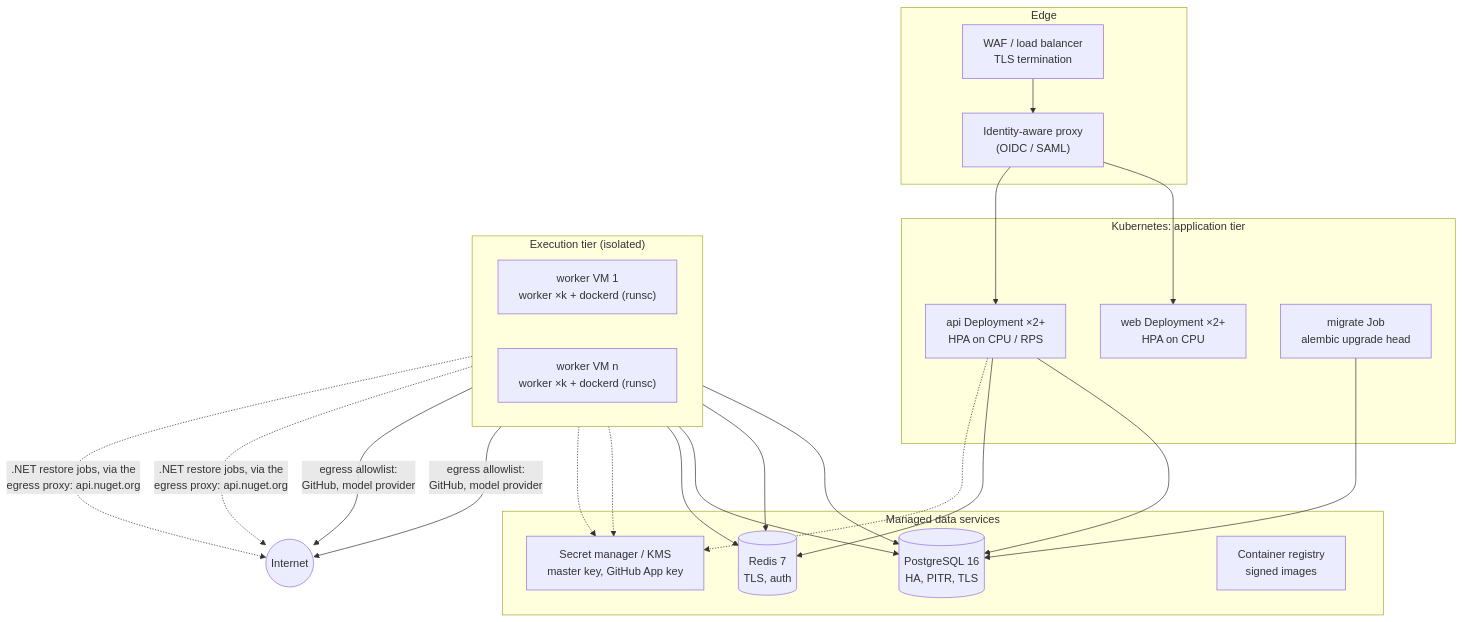
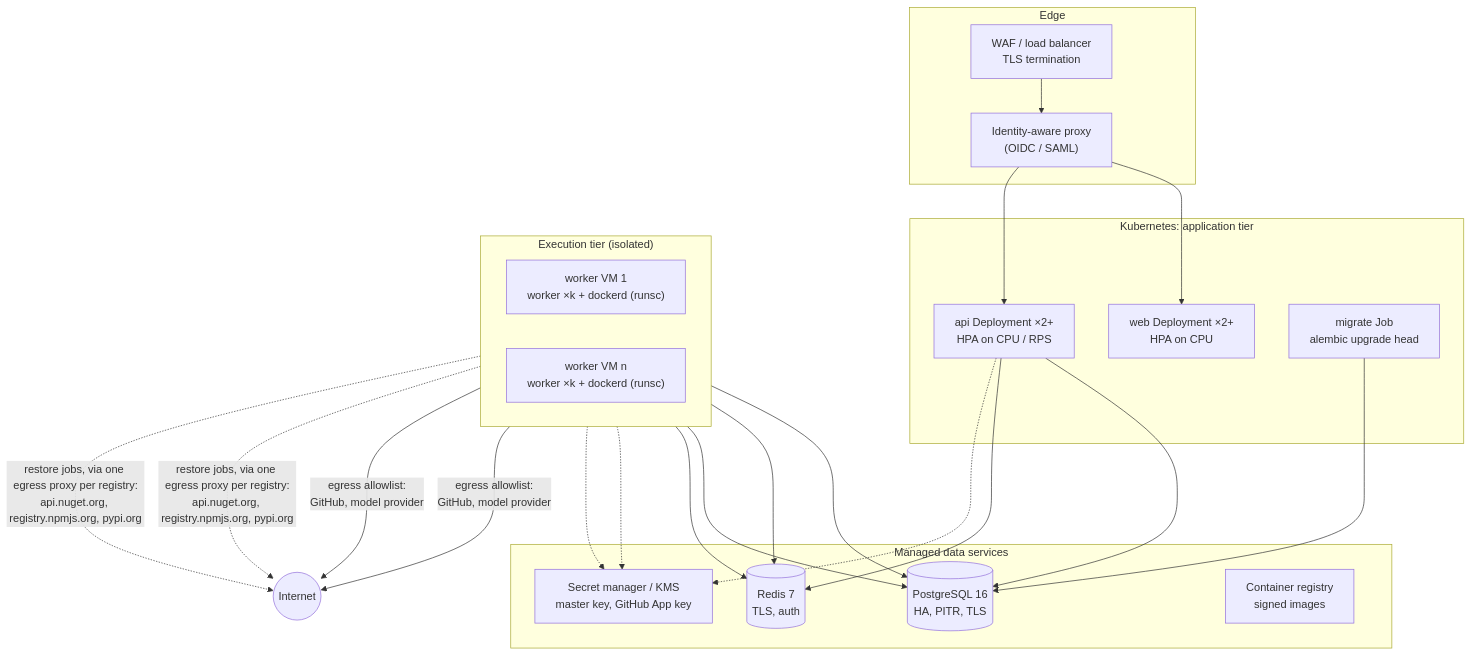
The second of 2 diagrams in docs/operations/deployment.md (KsiProgramming/agentic-dev), drawn with Mermaid before and after one commit. The commit also changed other lines of this file and 56 other files, not shown here.

First line of the commit message:
Phase 13.2 Package egress for build and test jobs (#254)

````diff
--- a/docs/operations/deployment.md
+++ b/docs/operations/deployment.md
@@ -91,31 +92,31 @@
 ```mermaid
 flowchart TB
     subgraph edge["Edge"]
         waf["WAF / load balancer<br/>TLS termination"]
         sso["Identity-aware proxy<br/>(OIDC / SAML)"]
     end
     subgraph k8s["Kubernetes: application tier"]
         web["web Deployment ×2+<br/>HPA on CPU"]
         api["api Deployment ×2+<br/>HPA on CPU / RPS"]
         mig["migrate Job<br/>alembic upgrade head"]
     end
     subgraph exec["Execution tier (isolated)"]
         direction LR
         w1["worker VM 1<br/>worker ×k + dockerd (runsc)"]
         w2["worker VM n<br/>worker ×k + dockerd (runsc)"]
     end
     subgraph data["Managed data services"]
         pg[("PostgreSQL 16<br/>HA, PITR, TLS")]
         rd[("Redis 7<br/>TLS, auth")]
         sm["Secret manager / KMS<br/>master key, GitHub App key"]
         reg["Container registry<br/>signed images"]
     end
 
     waf --> sso --> web & api
     api --> pg & rd
     mig --> pg
     w1 & w2 --> pg & rd
     api & w1 & w2 -.-> sm
     w1 & w2 -- "egress allowlist:<br/>GitHub, model provider" --> net((Internet))
-    w1 & w2 -. ".NET restore jobs, via the<br/>egress proxy: api.nuget.org" .-> net
+    w1 & w2 -. "restore jobs, via one egress proxy per registry:<br/>api.nuget.org, registry.npmjs.org, pypi.org" .-> net
 ```
````
